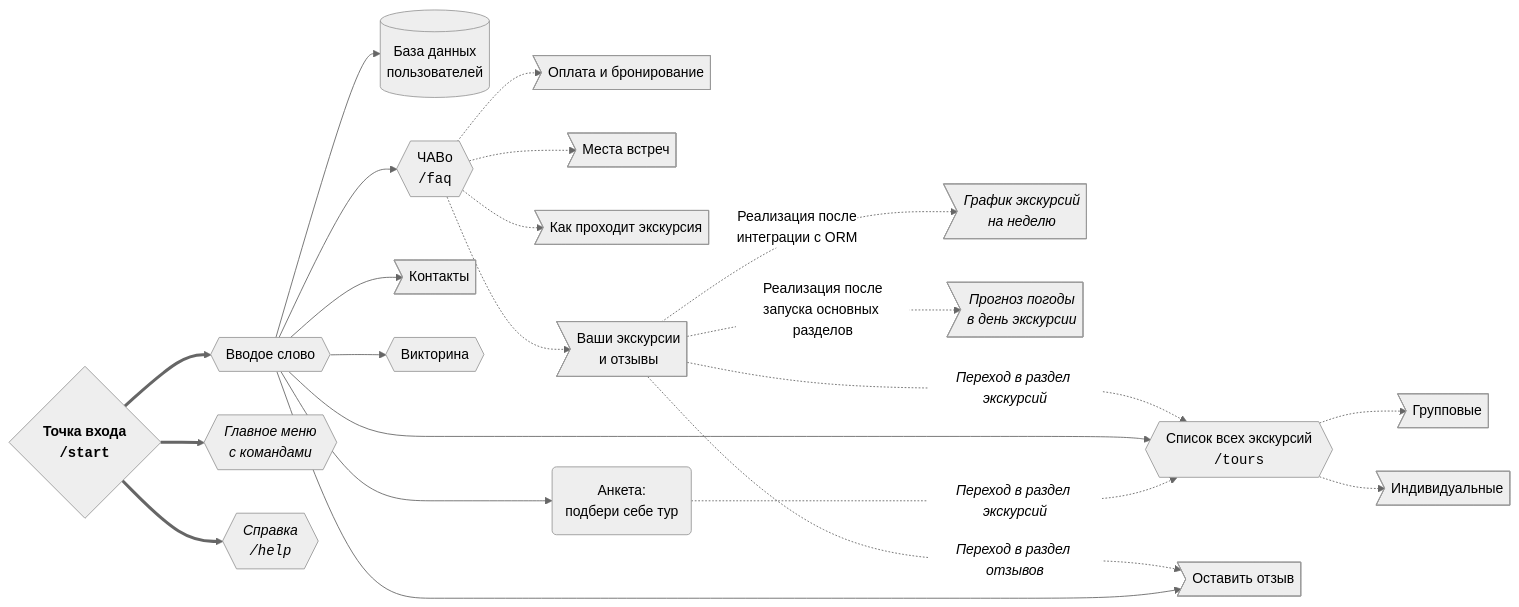
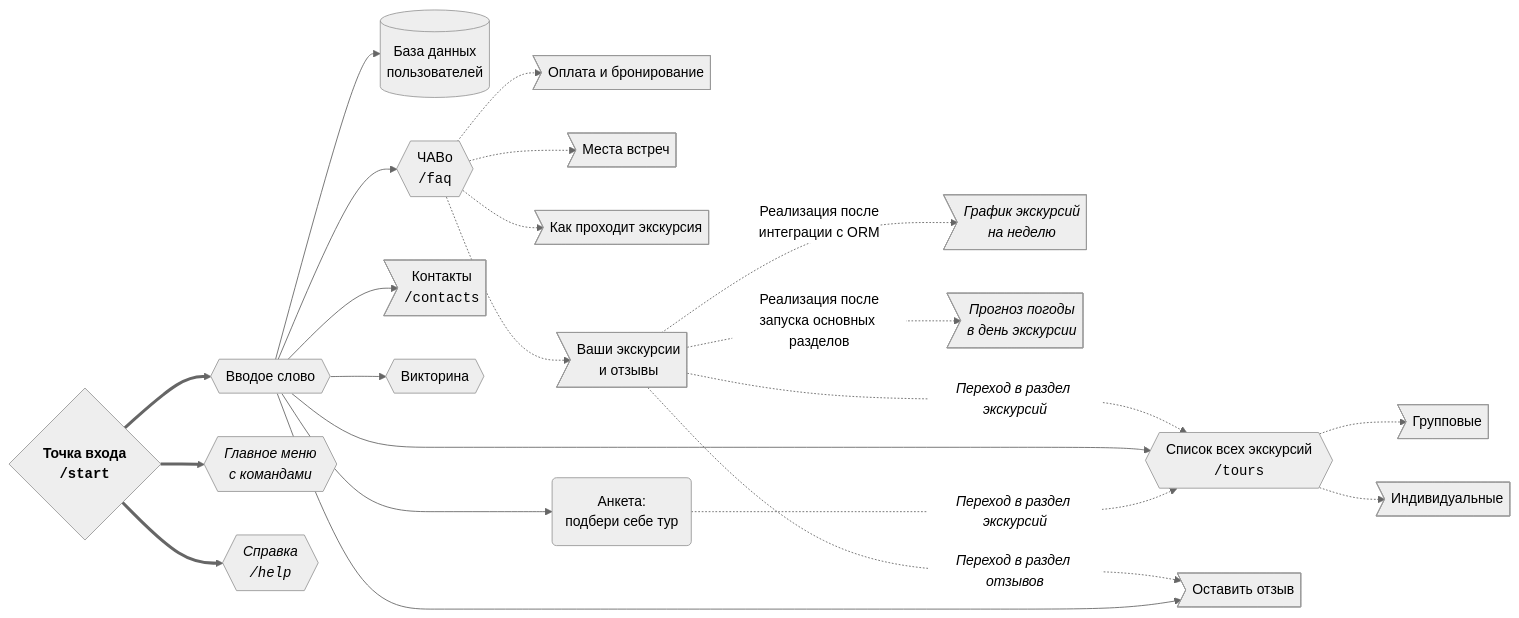
The second of 2 diagrams in README.md (tropintropin/telegram_bot_peshehod_chat), drawn with Mermaid (neutral theme) before and after one commit.

````diff
--- a/README.md
+++ b/README.md
@@ -68,25 +68,25 @@
 ```mermaid
 graph LR
     id0{<strong>Точка входа<br><code>/start</code></strong>}
     id0 ==> id1{{Вводое слово}}
     id0 ==> id9{{<i>Главное меню<br>с командами</i>}}
     id0 ==> id10{{<i>Справка<i/><br><code>/help</code>}}
     id1 --> id8[(База данных<br>пользователей)]
     id1 --> id2{{ЧАВо<br><code>/faq</code>}}
         id2 -.-> id20>Оплата и бронирование]
         id2 -.-> id21>Места встреч]
         id2 -.-> id22>Как проходит экскурсия]
         id2 -.-> id23>Ваши экскурсии<br>и отзывы]
             id23 -.->|Реализация после<br>интеграции с ORM| id232><i>График экскурсий<br>на неделю</i>]
             id23 -.->|Реализация после<br>запуска основных разделов| id230><i>Прогноз погоды<br>в день экскурсии</i>]
             id23 -..->|<i>Переход в раздел экскурсий</i>| id7
             id23 -..->|<i>Переход в раздел отзывов</i>| id4
     id1 --> id7{{Список всех экскурсий<br><code>/tours</code>}}
         id7 -.-> id71>Групповые]
         id7 -.-> id72>Индивидуальные]
-    id1 --> id3>Контакты]
+    id1 --> id3>Контакты<br><code>/contacts</code>]
     id1 --> id4>Оставить отзыв]
     id1 --> id5(Анкета:<br>подбери себе тур)
         id5 -..->|<i>Переход в раздел экскурсий</i>| id7
     id1 --> id6{{Викторина}}
 ```
````
